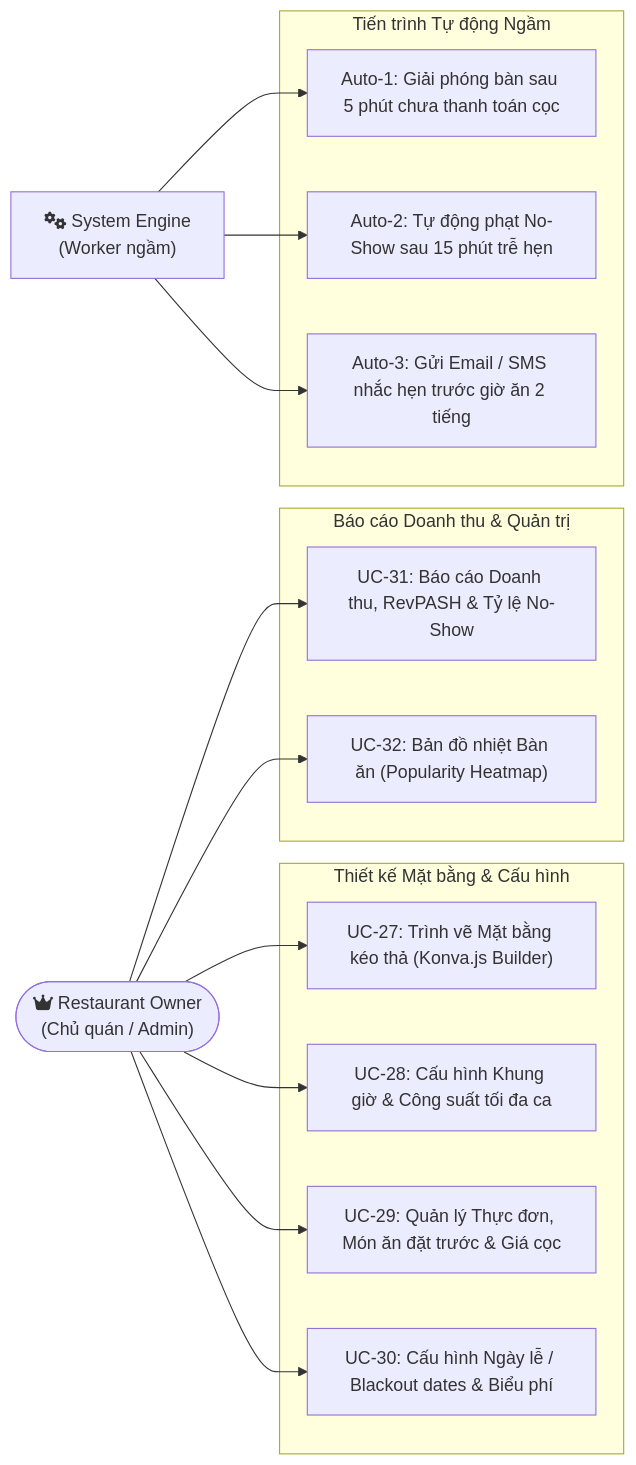
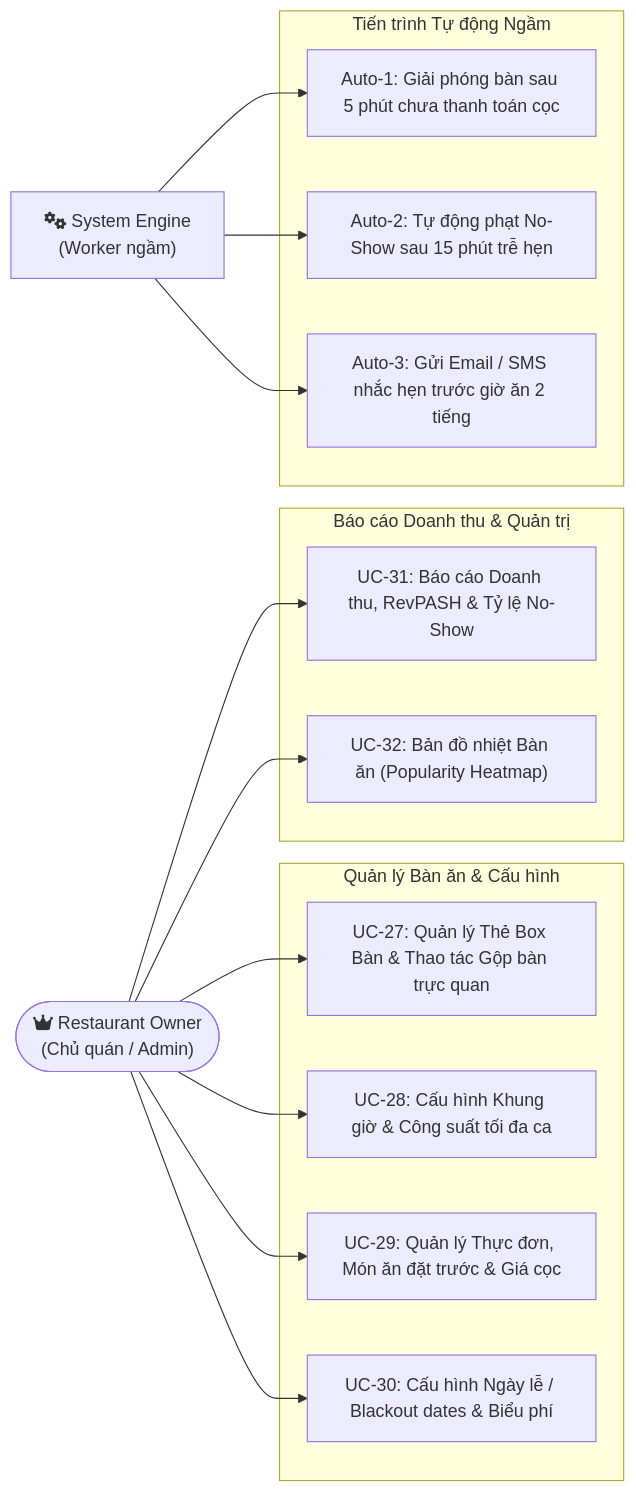
The third of 5 diagrams in doc/USE_CASES_AND_FEATURES_TABLEMASTER.md (Nhatduy160205/Project_SBA301), drawn with Mermaid before and after one commit. The commit also changed other lines of this file and 9 other files, not shown here.

Commit message:
docs: standardize table box grid management and data-driven booking flow across all specifications

````diff
--- a/doc/USE_CASES_AND_FEATURES_TABLEMASTER.md
+++ b/doc/USE_CASES_AND_FEATURES_TABLEMASTER.md
@@ -194,34 +194,34 @@
 ```mermaid
 flowchart LR
     Admin(["fa:fa-crown Restaurant Owner<br>(Chủ quán / Admin)"])
     AutoWorker["fa:fa-gears System Engine<br>(Worker ngầm)"]
 
-    subgraph Sub_Builder ["Thiết kế Mặt bằng & Cấu hình"]
-        UC27["UC-27: Trình vẽ Mặt bằng kéo thả (Konva.js Builder)"]
+    subgraph Sub_Builder ["Quản lý Bàn ăn & Cấu hình"]
+        UC27["UC-27: Quản lý Thẻ Box Bàn & Thao tác Gộp bàn trực quan"]
         UC28["UC-28: Cấu hình Khung giờ & Công suất tối đa ca"]
         UC29["UC-29: Quản lý Thực đơn, Món ăn đặt trước & Giá cọc"]
         UC30["UC-30: Cấu hình Ngày lễ / Blackout dates & Biểu phí"]
     end
 
     subgraph Sub_Analytics ["Báo cáo Doanh thu & Quản trị"]
         UC31["UC-31: Báo cáo Doanh thu, RevPASH & Tỷ lệ No-Show"]
         UC32["UC-32: Bản đồ nhiệt Bàn ăn (Popularity Heatmap)"]
     end
 
     subgraph Sub_Auto ["Tiến trình Tự động Ngầm"]
         UC_A1["Auto-1: Giải phóng bàn sau 5 phút chưa thanh toán cọc"]
         UC_A2["Auto-2: Tự động phạt No-Show sau 15 phút trễ hẹn"]
         UC_A3["Auto-3: Gửi Email / SMS nhắc hẹn trước giờ ăn 2 tiếng"]
     end
 
     Admin --> UC27
     Admin --> UC28
     Admin --> UC29
     Admin --> UC30
     Admin --> UC31
     Admin --> UC32
 
     AutoWorker --> UC_A1
     AutoWorker --> UC_A2
     AutoWorker --> UC_A3
 ```
````
